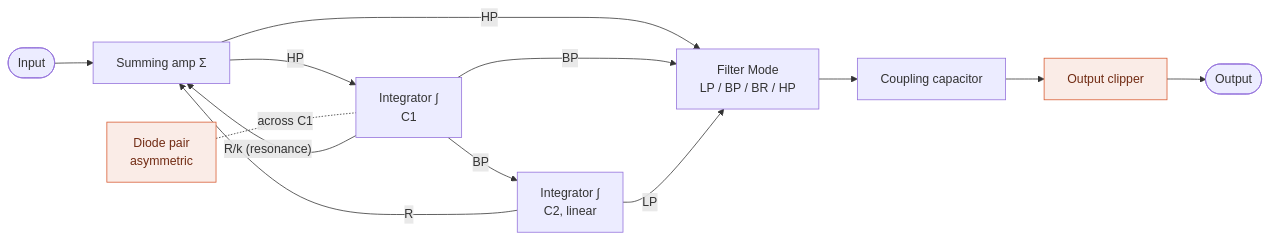
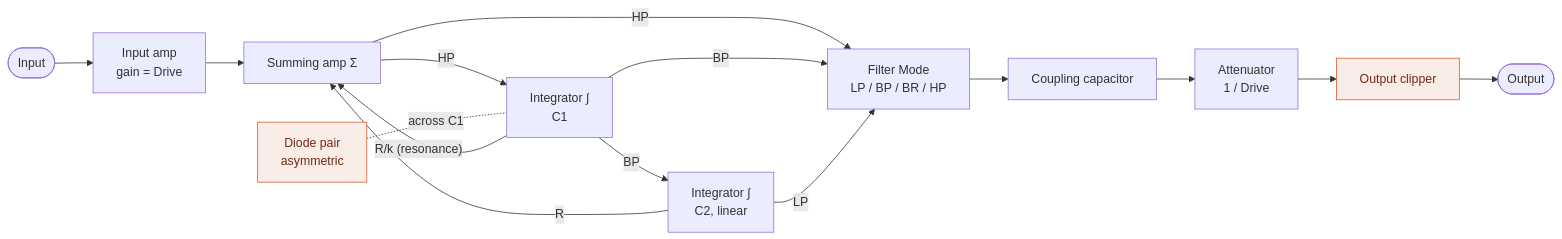
The third of 9 diagrams in PRA32-U2-Block-Diagrams.md (risgk/digital-synth-pra32-u2), drawn with Mermaid before and after one commit. The commit also changed other lines of this file and 23 other files, not shown here.

````diff
--- a/PRA32-U2-Block-Diagrams.md
+++ b/PRA32-U2-Block-Diagrams.md
@@ -101,17 +106,19 @@
 ```mermaid
 flowchart LR
-    IN([Input]) --> A1["Summing amp Σ"]
+    IN([Input]) --> IA["Input amp<br/>gain = Drive"]
+    IA --> A1["Summing amp Σ"]
     A1 -->|HP| A2["Integrator ∫<br/>C1"]
     D["Diode pair<br/>asymmetric"] -.-|across C1| A2
     A2 -->|BP| A3["Integrator ∫<br/>C2, linear"]
     A1 -->|HP| MS["Filter Mode<br/>LP / BP / BR / HP"]
     A2 -->|BP| MS
     A3 -->|LP| MS
     MS --> CC["Coupling capacitor"]
-    CC --> LIM["Output clipper"]
+    CC --> OA["Attenuator<br/>1 / Drive"]
+    OA --> LIM["Output clipper"]
     LIM --> OUT([Output])
     A2 -->|"R/k (resonance)"| A1
     A3 -->|R| A1
     classDef nl fill:#FAECE7,stroke:#D85A30,color:#712B13
     class D,LIM nl
 ```
````
